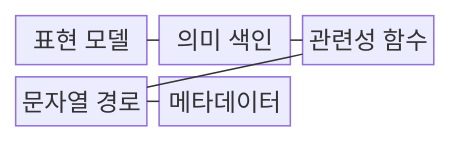
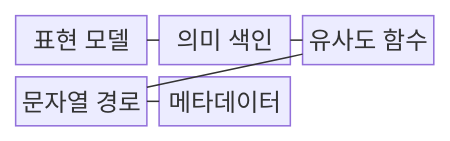
Before and after one commit to agnusdei1207/knowledge-base: the first of 2 diagrams in src/content/docs/notes/08-latest-tech/074_semantic_search.md, drawn with Mermaid. The commit also changed other lines of this file and 9 other files, not shown here.

````diff
--- a/src/content/docs/notes/08-latest-tech/074_semantic_search.md
+++ b/src/content/docs/notes/08-latest-tech/074_semantic_search.md
@@ -67,13 +67,13 @@
 ```mermaid
 block-beta
   columns 3
   encoder["표현 모델"]
   index["의미 색인"]
-  similarity["관련성 함수"]
+  similarity["유사도 함수"]
   lexical["문자열 경로"]
   metadata["메타데이터"]
   encoder --- index
   index --- similarity
   similarity --- lexical
   lexical --- metadata
 ```
````
